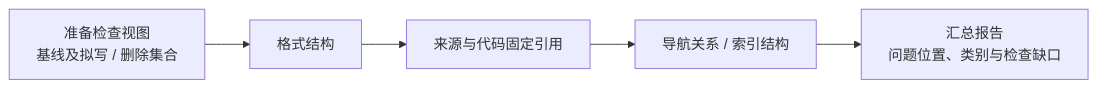
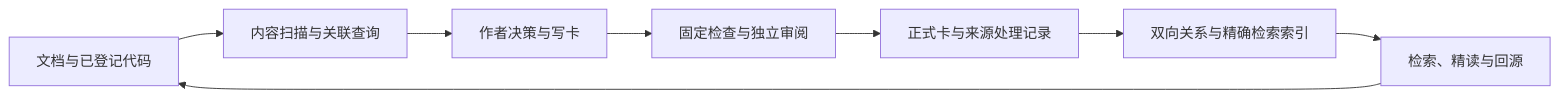
The diagram in himate/himate-knowledge-wifi-mp/docs-llm-wiki/HiMate知识库架构设计.md (Robin-hhc/FactumCore), drawn with Mermaid before and after one commit. The commit also changed other lines of this file and 411 other files, not shown here.

````diff
--- a/himate/himate-knowledge-wifi-mp/docs-llm-wiki/HiMate知识库架构设计.md
+++ b/himate/himate-knowledge-wifi-mp/docs-llm-wiki/HiMate知识库架构设计.md
@@ -535,7 +54,10 @@
 ```mermaid
 flowchart LR
-    CHECK_VIEW["准备检查视图<br/>基线及拟写 / 删除集合"] --> CHECK_FORMAT["格式结构"]
-    CHECK_FORMAT --> CHECK_SOURCE["来源与代码固定引用"]
-    CHECK_SOURCE --> CHECK_RELATIONS["导航关系 / 索引结构"]
-    CHECK_RELATIONS --> CHECK_REPORT["汇总报告<br/>问题位置、类别与检查缺口"]
+    D["文档与已登记代码"] --> S["内容扫描与关联查询"]
+    S --> A["作者决策与写卡"]
+    A --> R["固定检查与独立审阅"]
+    R --> P["正式卡与来源处理记录"]
+    P --> I["双向关系与精确检索索引"]
+    I --> Q["检索、精读与回源"]
+    Q --> D
 ```
````
